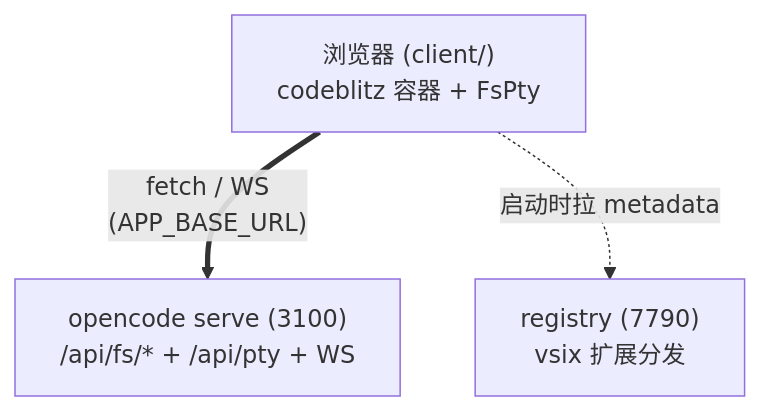
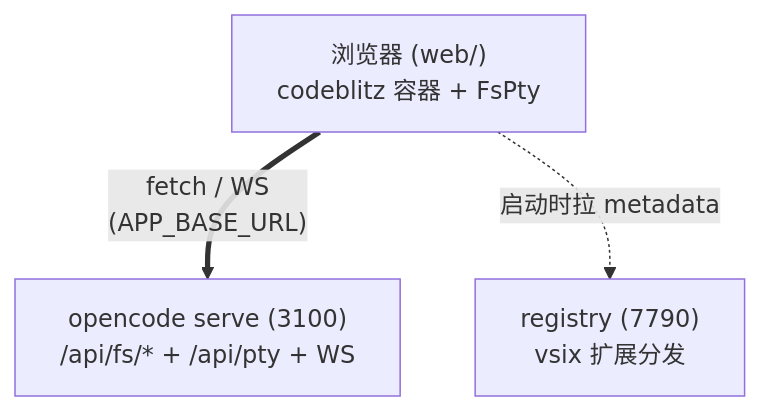
One commit to weizuxiao911/magicbook changed the first of 3 diagrams in README.md. Above: the diagram before and after it, drawn with Mermaid. The commit also changed other lines of this file and 82 other files, not shown here.

First line of the commit message:
refactor: client/ → web/ 重命名 (跟 cli web 模式一致)

````diff
--- a/README.md
+++ b/README.md
@@ -8,9 +8,9 @@
 ```mermaid
 graph TB
-    Browser["浏览器 (client/)<br/>codeblitz 容器 + FsPty"]
+    Browser["浏览器 (web/)<br/>codeblitz 容器 + FsPty"]
     Opencode["opencode serve (3100)<br/>/api/fs/* + /api/pty + WS"]
     Registry["registry (7790)<br/>vsix 扩展分发"]
 
     Browser ==>|"fetch / WS<br/>(APP_BASE_URL)"| Opencode
     Browser -.->|"启动时拉 metadata"| Registry
 ```
````
